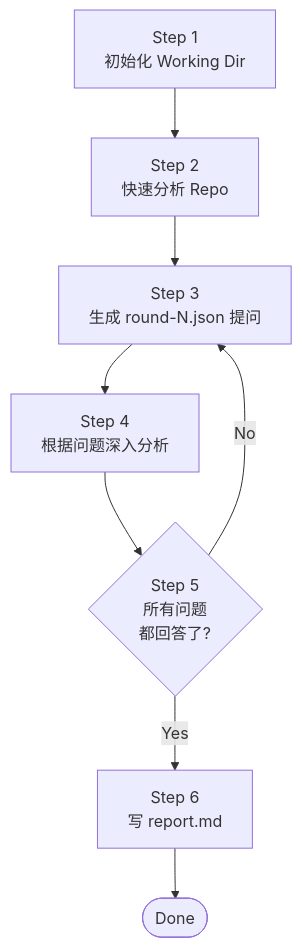
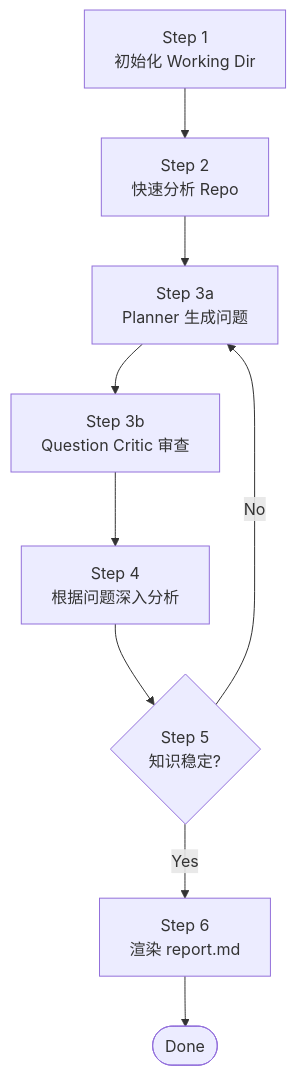
The first of 2 diagrams in .trae/skills/repo-arch-engineering/SKILL.md (devweekly/devweekly.github.io), drawn with Mermaid before and after one commit. The commit also changed other lines of this file and 13 other files, not shown here.

````diff
--- a/.trae/skills/repo-arch-engineering/SKILL.md
+++ b/.trae/skills/repo-arch-engineering/SKILL.md
@@ -24,10 +27,11 @@
 ```mermaid
 flowchart TD
     S1[Step 1<br/>初始化 Working Dir] --> S2[Step 2<br/>快速分析 Repo]
-    S2 --> S3[Step 3<br/>生成 round-N.json 提问]
-    S3 --> S4[Step 4<br/>根据问题深入分析]
-    S4 --> S5{Step 5<br/>所有问题<br/>都回答了?}
-    S5 -->|No| S3
-    S5 -->|Yes| S6[Step 6<br/>写 report.md]
+    S2 --> S3a[Step 3a<br/>Planner 生成问题]
+    S3a --> S3b[Step 3b<br/>Question Critic 审查]
+    S3b --> S4[Step 4<br/>根据问题深入分析]
+    S4 --> S5{Step 5<br/>知识稳定?}
+    S5 -->|No| S3a
+    S5 -->|Yes| S6[Step 6<br/>渲染 report.md]
     S6 --> Done([Done])
 ```
````
